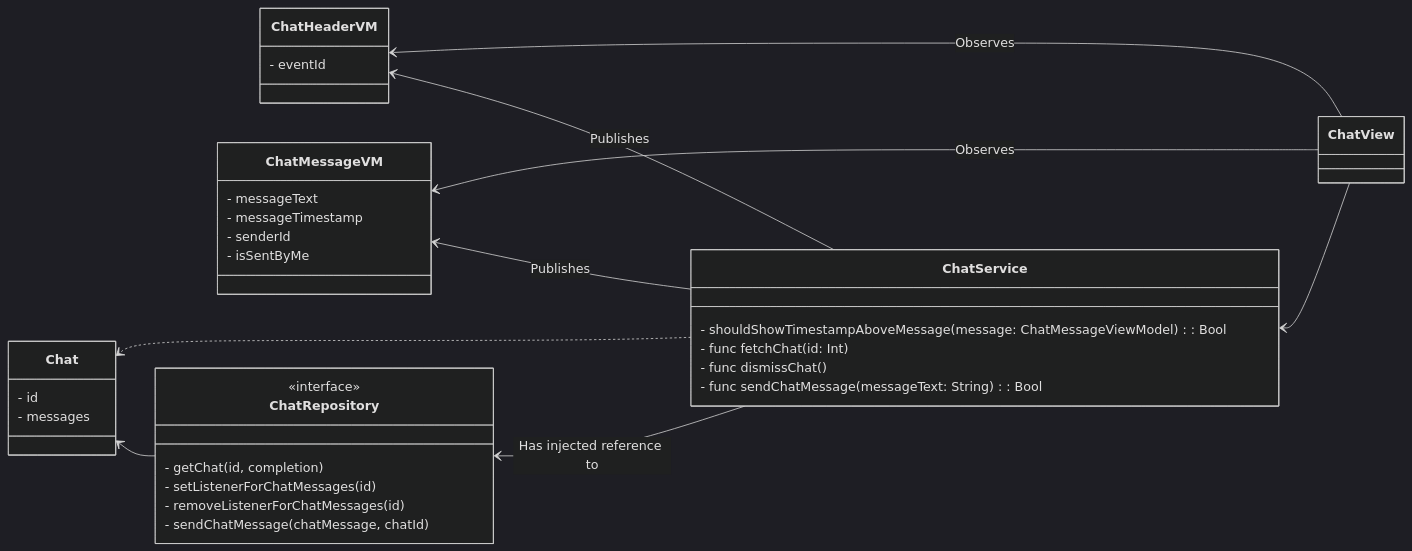
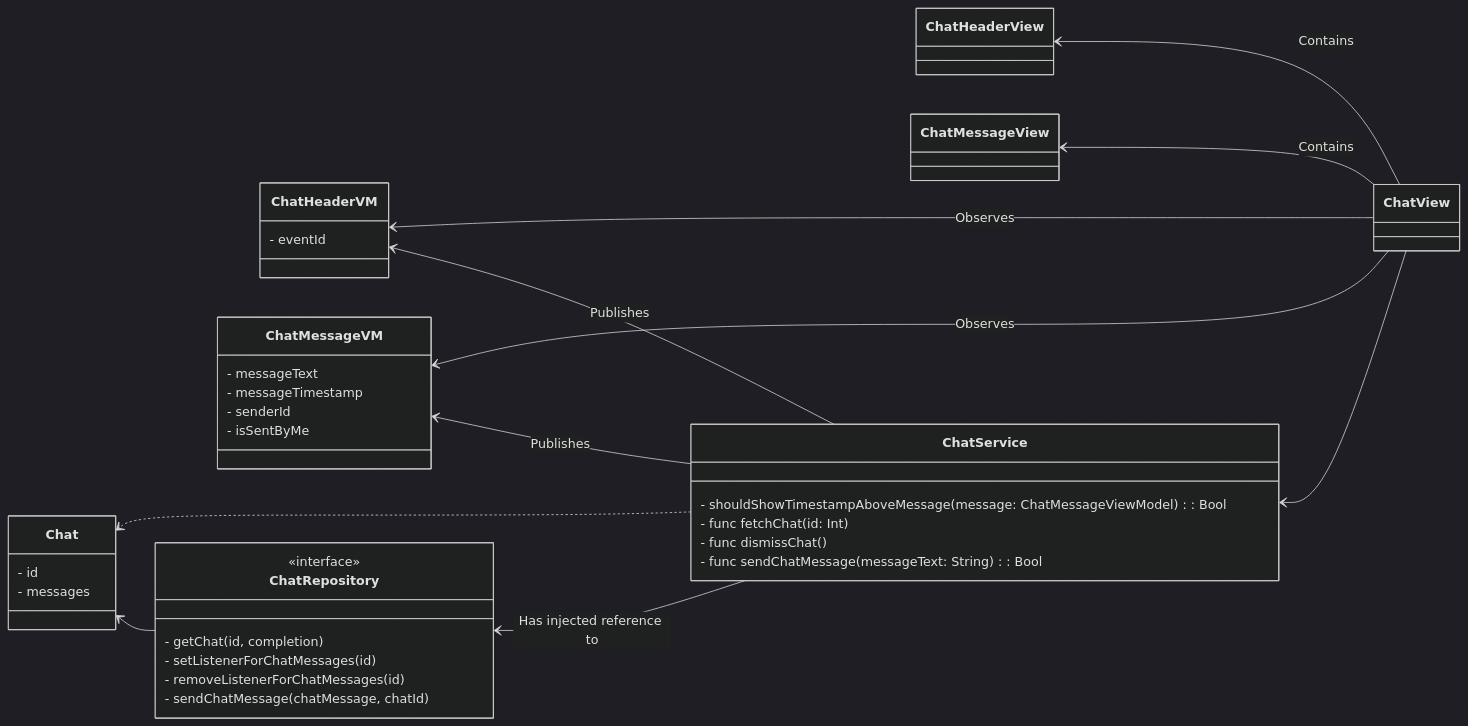
Before and after one commit to cs3217-2223/group-project-sotravel: the diagram in Sotravel/docs/diagrams/sprint-2-report/chat-concrete-view-service-viewmodel.mmd, drawn with Mermaid (dark theme). The commit also changed 1 other file, not shown here.

Commit message:
update class diagram

```diff
--- a/Sotravel/docs/diagrams/sprint-2-report/chat-concrete-view-service-viewmodel.mmd
+++ b/Sotravel/docs/diagrams/sprint-2-report/chat-concrete-view-service-viewmodel.mmd
@@ -1,38 +1,42 @@
 classDiagram
     direction RL
+    ChatView --> ChatHeaderView: Contains
+    ChatView --> ChatMessageView: Contains
     ChatView --> ChatHeaderVM: Observes
     ChatView --> ChatMessageVM: Observes
     ChatView --> ChatService
     ChatService ..> Chat
     ChatRepository --> Chat
     ChatService --> ChatHeaderVM: Publishes
     ChatService --> ChatMessageVM: Publishes
     ChatService --> ChatRepository: Has injected reference to
     
     class ChatView { }
+    class ChatHeaderView { }
+    class ChatMessageView { }
     class ChatHeaderVM {
         - eventId
     }
     class ChatMessageVM {
         - messageText
         - messageTimestamp
         - senderId
         - isSentByMe
     }
     class Chat {
         - id
         - messages
     }
     class ChatService {
         - shouldShowTimestampAboveMessage(message: ChatMessageViewModel): Bool
         - func fetchChat(id: Int)
         - func dismissChat()
         - func sendChatMessage(messageText: String): Bool
     }
     class ChatRepository {
         <<interface>>
         - getChat(id, completion)
         - setListenerForChatMessages(id)
         - removeListenerForChatMessages(id)
         - sendChatMessage(chatMessage, chatId)
     }
```
